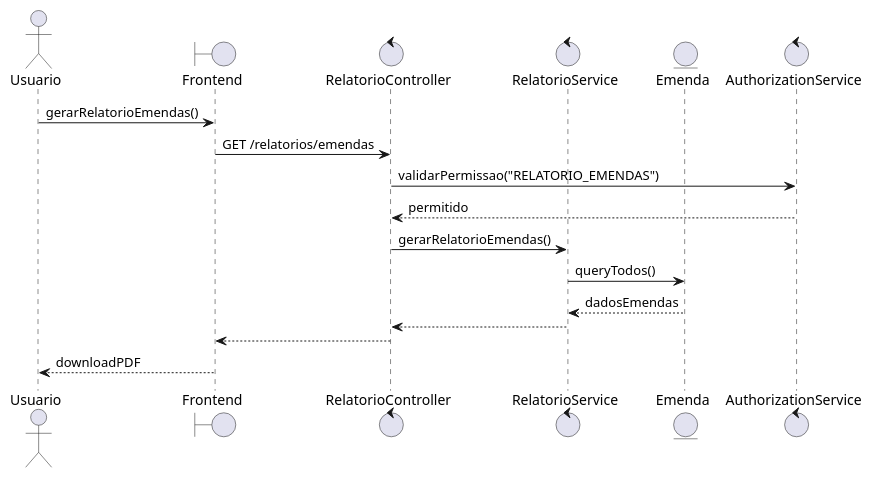
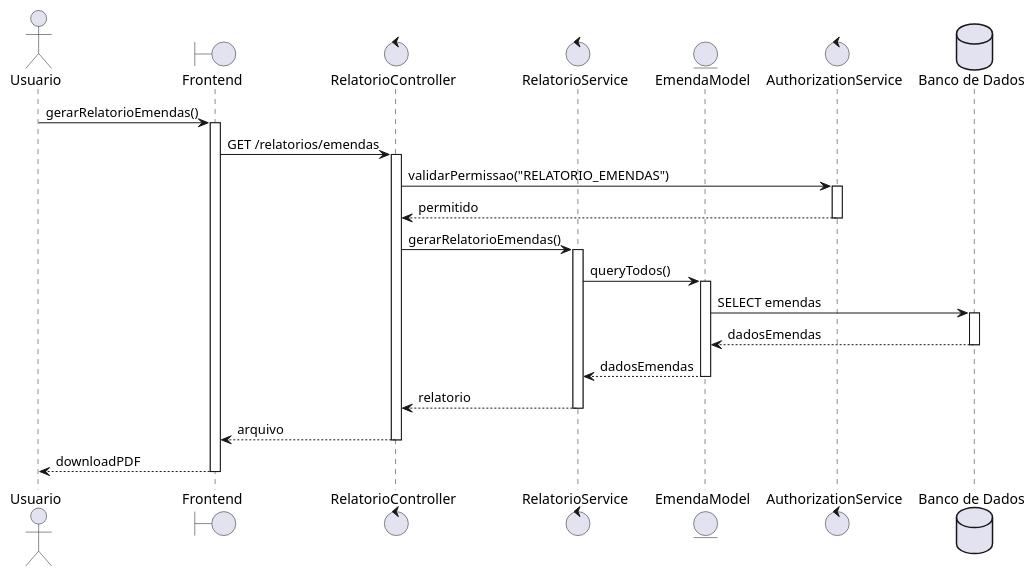
The diagram in Artefatos/Sequencia/ger_rel_eme.puml (ICEI-PUC-Minas-PPLES-TI/plf-es-2025-2-tcci-0393100-dev-bernardo-biondini), drawn with PlantUML before and after one commit. The commit also changed 165 other files, not shown here.

Commit message:
Adequações dos diagramas de Sequencia e Comunicação as exigências da banca

```diff
--- a/Artefatos/Sequencia/ger_rel_eme.puml
+++ b/Artefatos/Sequencia/ger_rel_eme.puml
@@ -1,25 +1,34 @@
 @startuml
 actor Usuario
-
 boundary Frontend as FE
 control RelatorioController as C
 control RelatorioService as S
-entity Emenda as E
+entity EmendaModel as E
 control AuthorizationService as AuthZ
+database "Banco de Dados" as DB
 
 Usuario -> FE : gerarRelatorioEmendas()
+activate FE
 FE -> C : GET /relatorios/emendas
-
+activate C
 C -> AuthZ : validarPermissao("RELATORIO_EMENDAS")
+activate AuthZ
 AuthZ --> C : permitido
-
+deactivate AuthZ
 C -> S : gerarRelatorioEmendas()
-
+activate S
 S -> E : queryTodos()
+activate E
+E -> DB : SELECT emendas
+activate DB
+DB --> E : dadosEmendas
+deactivate DB
 E --> S : dadosEmendas
-
-S --> C
-C --> FE
+deactivate E
+S --> C : relatorio
+deactivate S
+C --> FE : arquivo
+deactivate C
 FE --> Usuario : downloadPDF
-
+deactivate FE
 @enduml
```
